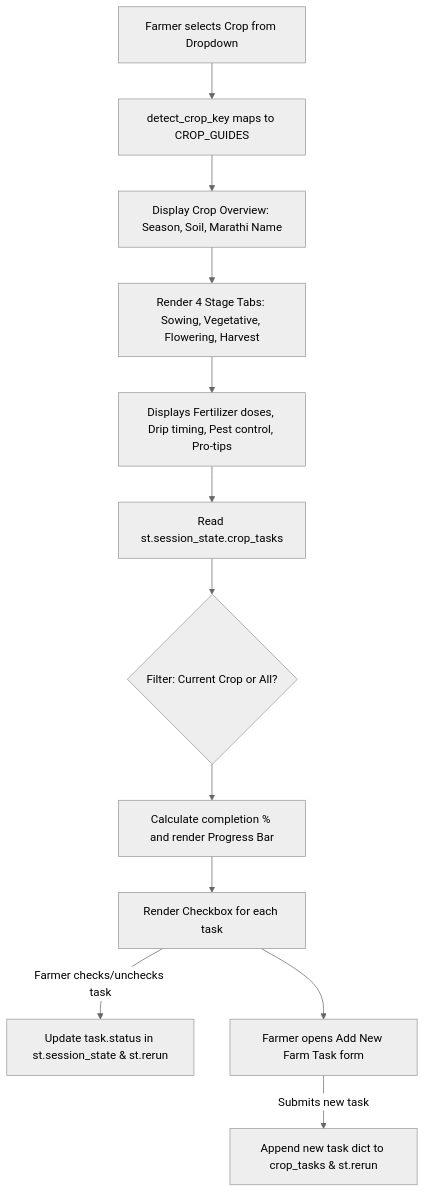
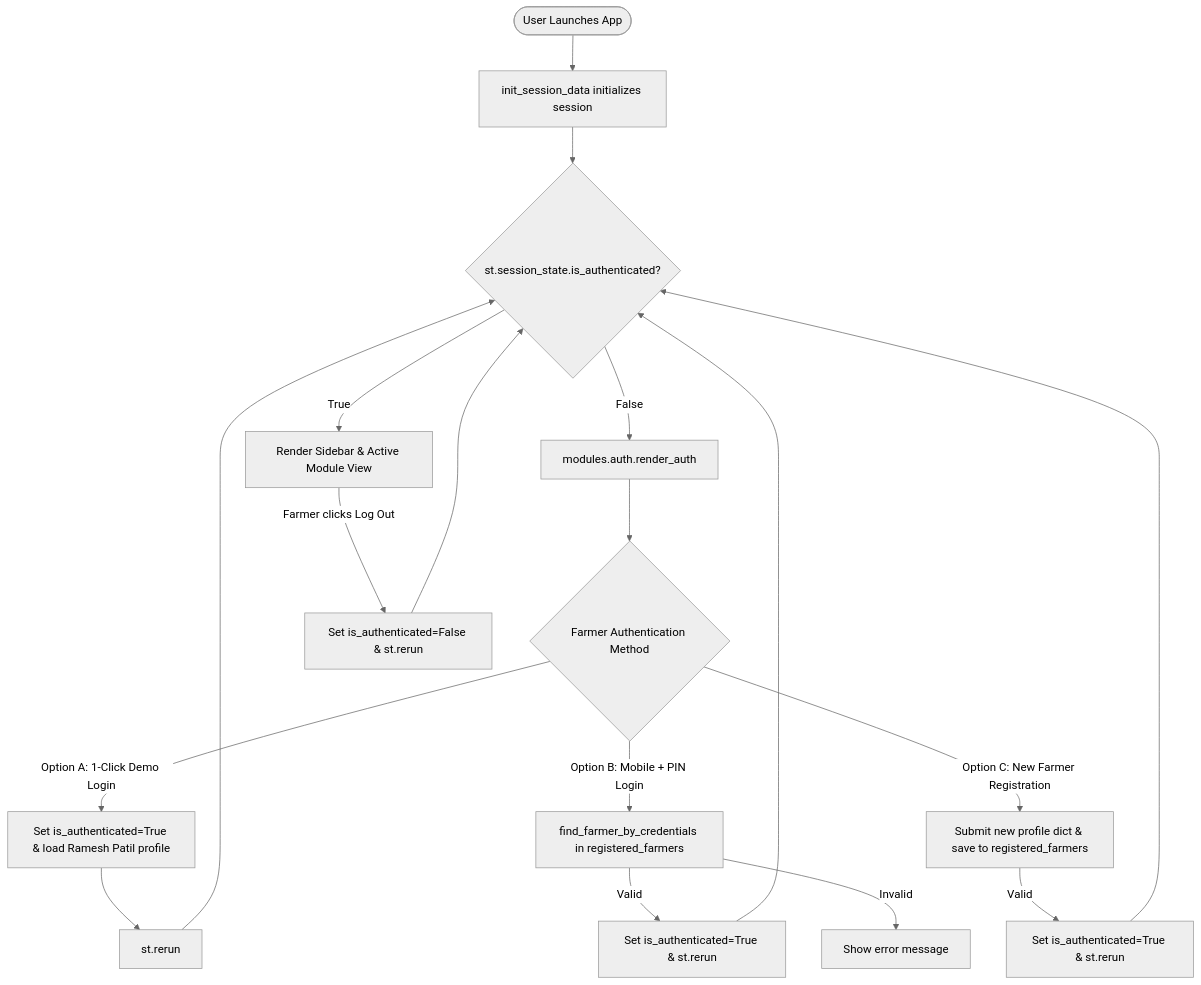
Before and after one commit to mruduladere/KrishiVaani: the first of 2 diagrams in ARCHITECTURE.md, drawn with Mermaid (neutral theme). The commit also changed other lines of this file and 8 other files, not shown here.

Commit message:
feat: add 1-click demo login, session authentication, and english/marathi bilingual engine

````diff
--- a/ARCHITECTURE.md
+++ b/ARCHITECTURE.md
@@ -112,18 +113,25 @@
 ```mermaid
 flowchart TD
-    UserSelectCrop[Farmer selects Crop from Dropdown] --> DetectKey[detect_crop_key maps to CROP_GUIDES]
-    DetectKey --> RenderMeta[Display Crop Overview: Season, Soil, Marathi Name]
-    RenderMeta --> RenderTabs[Render 4 Stage Tabs: Sowing, Vegetative, Flowering, Harvest]
+    AppLaunch([User Launches App]) --> InitState[init_session_data initializes session]
+    InitState --> AuthCheck{st.session_state.is_authenticated?}
     
-    RenderTabs --> StageDetails[Displays Fertilizer doses, Drip timing, Pest control, Pro-tips]
+    AuthCheck -->|False| RenderAuth[modules.auth.render_auth]
+    RenderAuth --> AuthChoice{Farmer Authentication Method}
     
-    StageDetails --> LoadTasks[Read st.session_state.crop_tasks]
-    LoadTasks --> FilterTasks{Filter: Current Crop or All?}
-    FilterTasks --> CalcProgress[Calculate completion % and render Progress Bar]
-    CalcProgress --> RenderCheckboxes[Render Checkbox for each task]
+    AuthChoice -->|Option A: 1-Click Demo Login| DemoClick[Set is_authenticated=True & load Ramesh Patil profile]
+    AuthChoice -->|Option B: Mobile + PIN Login| ValidateCreds[find_farmer_by_credentials in registered_farmers]
+    AuthChoice -->|Option C: New Farmer Registration| RegisterForm[Submit new profile dict & save to registered_farmers]
     
-    RenderCheckboxes -->|Farmer checks/unchecks task| UpdateTaskState[Update task.status in st.session_state & st.rerun]
+    DemoClick --> RerunAuth[st.rerun]
+    ValidateCreds -->|Valid| SetAuth[Set is_authenticated=True & st.rerun]
+    ValidateCreds -->|Invalid| ShowError[Show error message]
+    RegisterForm -->|Valid| SetRegAuth[Set is_authenticated=True & st.rerun]
     
-    RenderCheckboxes --> AddTaskForm[Farmer opens Add New Farm Task form]
-    AddTaskForm -->|Submits new task| AppendTask[Append new task dict to crop_tasks & st.rerun]
+    RerunAuth --> AuthCheck
+    SetAuth --> AuthCheck
+    SetRegAuth --> AuthCheck
+    
+    AuthCheck -->|True| RenderMain[Render Sidebar & Active Module View]
+    RenderMain -->|Farmer clicks Log Out| Logout[Set is_authenticated=False & st.rerun]
+    Logout --> AuthCheck
 ```
````
